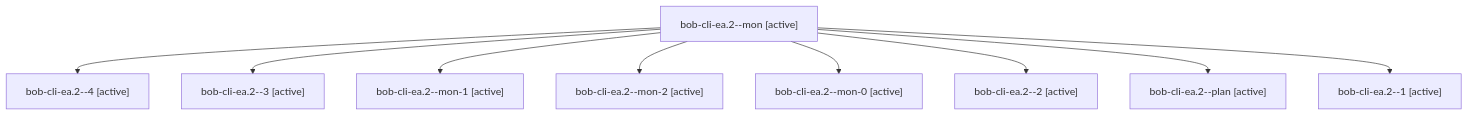
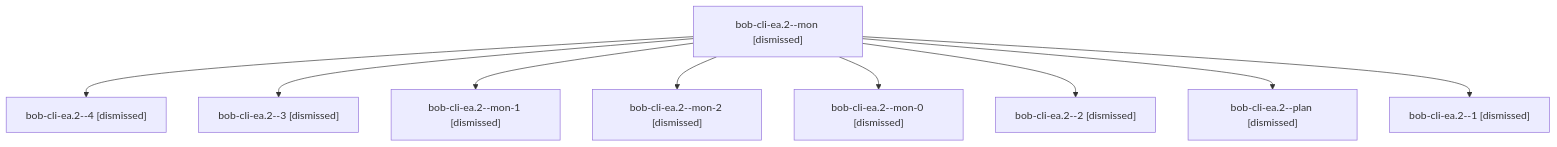
Before and after one commit to bobs-org/bob-cli--agents: the diagram in sessions/bbugyi200.apollo.bob-cli-ea.2.md, drawn with Mermaid. The commit also changed other lines of this file and 256 other files, not shown here.

````diff
--- a/sessions/bbugyi200.apollo.bob-cli-ea.2.md
+++ b/sessions/bbugyi200.apollo.bob-cli-ea.2.md
@@ -9,20 +9,20 @@
 ```mermaid
 flowchart TD
-  n0["bob-cli-ea.2--mon [active]"]
-  n1["bob-cli-ea.2--4 [active]"]
+  n0["bob-cli-ea.2--mon [dismissed]"]
+  n1["bob-cli-ea.2--4 [dismissed]"]
   n0 --> n1
-  n2["bob-cli-ea.2--3 [active]"]
+  n2["bob-cli-ea.2--3 [dismissed]"]
   n0 --> n2
-  n3["bob-cli-ea.2--mon-1 [active]"]
+  n3["bob-cli-ea.2--mon-1 [dismissed]"]
   n0 --> n3
-  n4["bob-cli-ea.2--mon-2 [active]"]
+  n4["bob-cli-ea.2--mon-2 [dismissed]"]
   n0 --> n4
-  n5["bob-cli-ea.2--mon-0 [active]"]
+  n5["bob-cli-ea.2--mon-0 [dismissed]"]
   n0 --> n5
-  n6["bob-cli-ea.2--2 [active]"]
+  n6["bob-cli-ea.2--2 [dismissed]"]
   n0 --> n6
-  n7["bob-cli-ea.2--plan [active]"]
+  n7["bob-cli-ea.2--plan [dismissed]"]
   n0 --> n7
-  n8["bob-cli-ea.2--1 [active]"]
+  n8["bob-cli-ea.2--1 [dismissed]"]
   n0 --> n8
 ```
````
